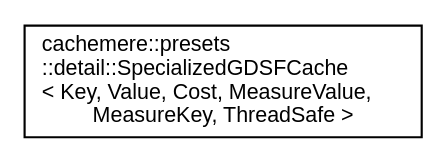
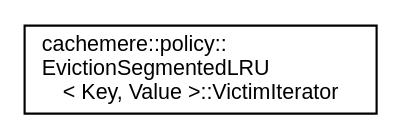
Before and after one commit to coveooss/cachemere: the diagram in docs/inherit_graph_20.dot, drawn with Graphviz. The commit also changed 122 other files, not shown here.

```diff
--- a/docs/inherit_graph_20.dot
+++ b/docs/inherit_graph_20.dot
@@ -1,8 +1,8 @@
 digraph "Graphical Class Hierarchy"
 {
  // LATEX_PDF_SIZE
   edge [fontname="Helvetica",fontsize="10",labelfontname="Helvetica",labelfontsize="10"];
   node [fontname="Helvetica",fontsize="10",shape=record];
   rankdir="LR";
-  Node0 [label="cachemere::presets\l::detail::SpecializedGDSFCache\l\< Key, Value, Cost, MeasureValue,\l MeasureKey, ThreadSafe \>",height=0.2,width=0.4,color="black", fillcolor="white", style="filled",URL="$classcachemere_1_1presets_1_1detail_1_1SpecializedGDSFCache.html",tooltip=" "];
+  Node0 [label="cachemere::policy::\lEvictionSegmentedLRU\l\< Key, Value \>::VictimIterator",height=0.2,width=0.4,color="black", fillcolor="white", style="filled",URL="$classcachemere_1_1policy_1_1EvictionSegmentedLRU_1_1VictimIterator.html",tooltip="Iterator for iterating over cache items in the order they should be."];
 }
```
